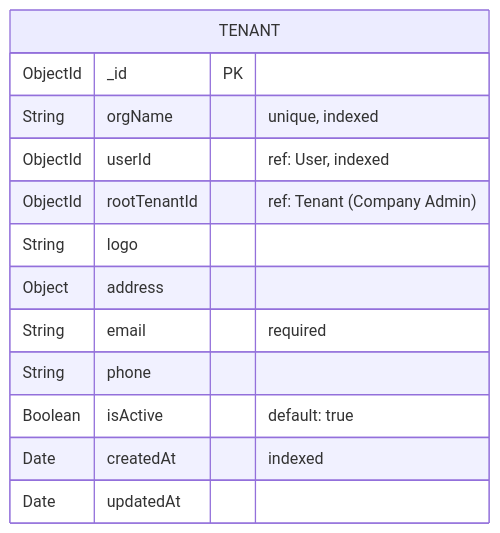
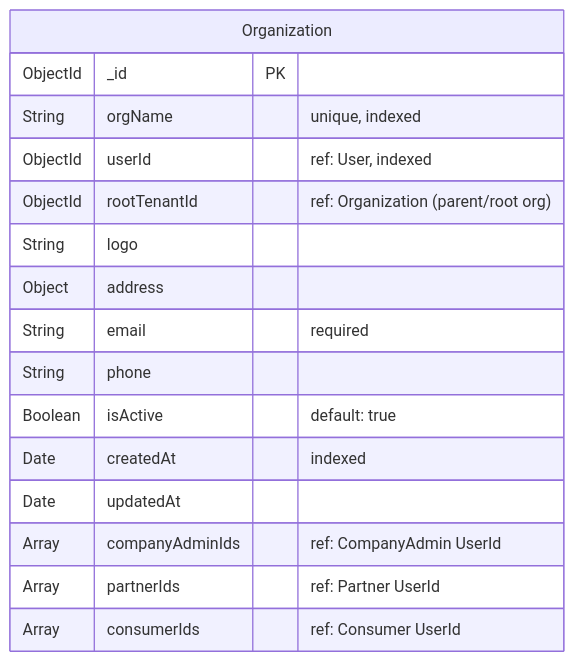
Before and after one commit to NightDevilPT/warranty-management: the third of 4 diagrams in apps/server/src/modules/admin.md, drawn with Mermaid. The commit also changed other lines of this file and 21 other files, not shown here.

Commit message:
wm:backend:user-verify-role-schema-updated

````diff
--- a/apps/server/src/modules/admin.md
+++ b/apps/server/src/modules/admin.md
@@ -145,16 +104,19 @@
 ```mermaid
 erDiagram
-  TENANT {
+  Organization {
     ObjectId _id PK
     String orgName "unique, indexed"
     ObjectId userId "ref: User, indexed"
-    ObjectId rootTenantId "ref: Tenant (Company Admin)"
+    ObjectId rootTenantId "ref: Organization (parent/root org)"
     String logo
     Object address
     String email "required"
     String phone
     Boolean isActive "default: true"
     Date createdAt "indexed"
     Date updatedAt
+    Array companyAdminIds "ref: CompanyAdmin UserId"
+    Array partnerIds "ref: Partner UserId"
+    Array consumerIds "ref: Consumer UserId"
   }
 ```
````
